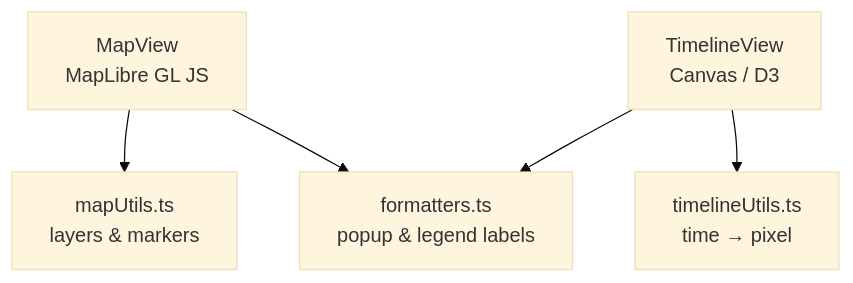
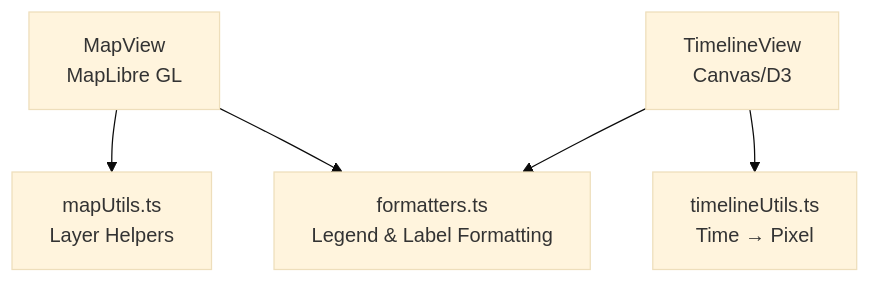
One commit to bartytime4life/Kansas-Frontier-Matrix changed the diagram in web/src/utils/README.md. Above: the diagram before and after it, drawn with Mermaid (base theme). The commit also changed other lines of this file, not shown here.

````diff
--- a/web/src/utils/README.md
+++ b/web/src/utils/README.md
@@ -126,8 +82,8 @@
 ```mermaid
 flowchart TD
-  A["MapView<br/>MapLibre GL JS"] --> B["mapUtils.ts<br/>layers & markers"]
-  A --> C["formatters.ts<br/>popup & legend labels"]
-  D["TimelineView<br/>Canvas / D3"] --> E["timelineUtils.ts<br/>time → pixel"]
+  A["MapView<br/>MapLibre GL"] --> B["mapUtils.ts<br/>Layer Helpers"]
+  A --> C["formatters.ts<br/>Legend & Label Formatting"]
+  D["TimelineView<br/>Canvas/D3"] --> E["timelineUtils.ts<br/>Time → Pixel"]
   D --> C
 %% END OF MERMAID
 ```
````
